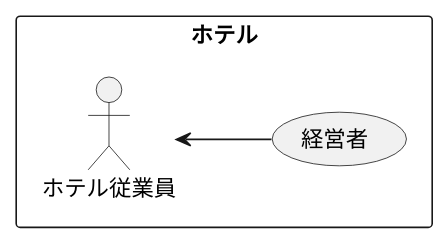
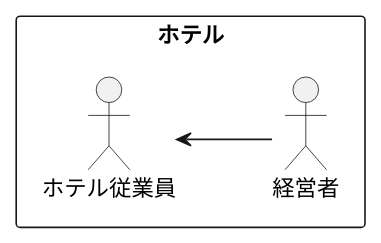
The diagram in 演習2-2_ホテル従業員.pu (puratina1011/umt_introduction), drawn with PlantUML before and after one commit.

Commit message:
actortuika

```diff
--- a/演習2-2_ホテル従業員.pu
+++ b/演習2-2_ホテル従業員.pu
@@ -1,10 +1,9 @@
 @startuml 課題2-2
 left to right direction
 rectangle ホテル{
 actor ホテル従業員
-usecase 経営者
+actor 経営者
 }
 
 ホテル従業員<-- 経営者
-
 @enduml
```
